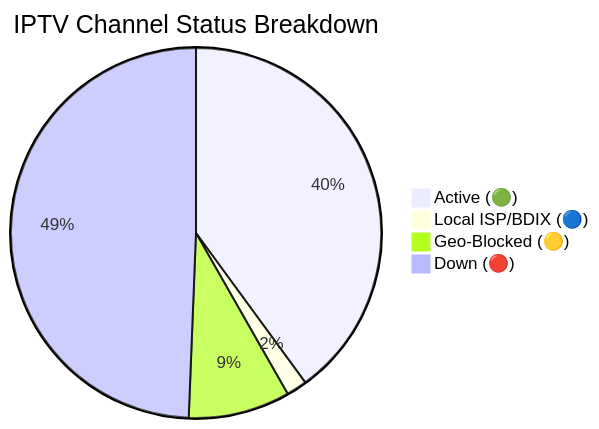
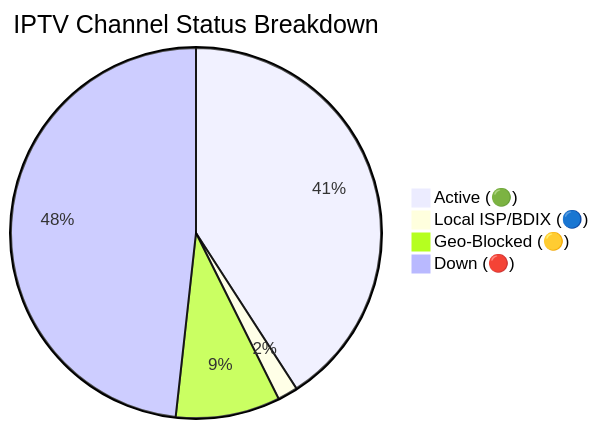
Before and after one commit to andreataylord/Ip-tv-Collection: the diagram in README.md, drawn with Mermaid. The commit also changed other lines of this file and 2 other files, not shown here.

````diff
--- a/README.md
+++ b/README.md
@@ -59,7 +59,7 @@
 ```mermaid
 pie title IPTV Channel Status Breakdown
-    "Active (🟢)" : 2836
+    "Active (🟢)" : 2960
     "Local ISP/BDIX (🔵)" : 128
-    "Geo-Blocked (🟡)" : 630
-    "Down (🔴)" : 3505
+    "Geo-Blocked (🟡)" : 660
+    "Down (🔴)" : 3494
 ```
````
